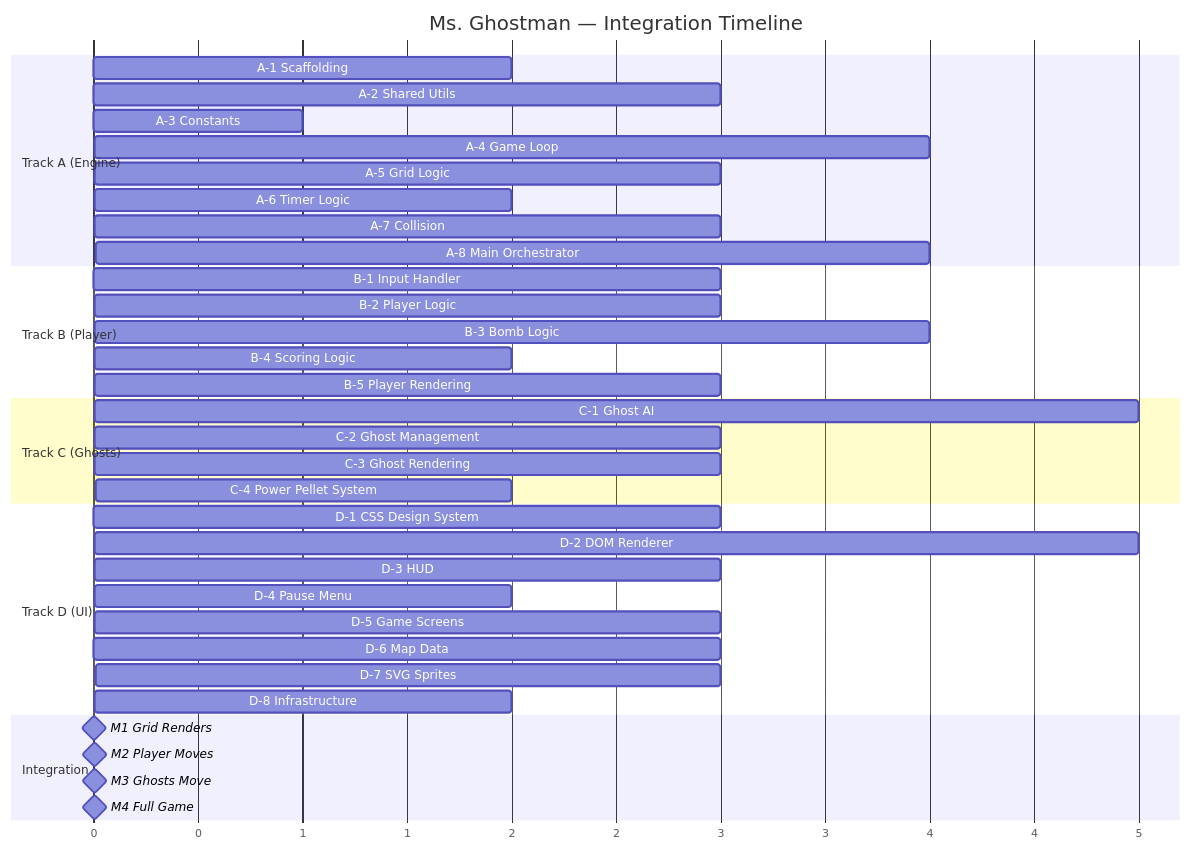
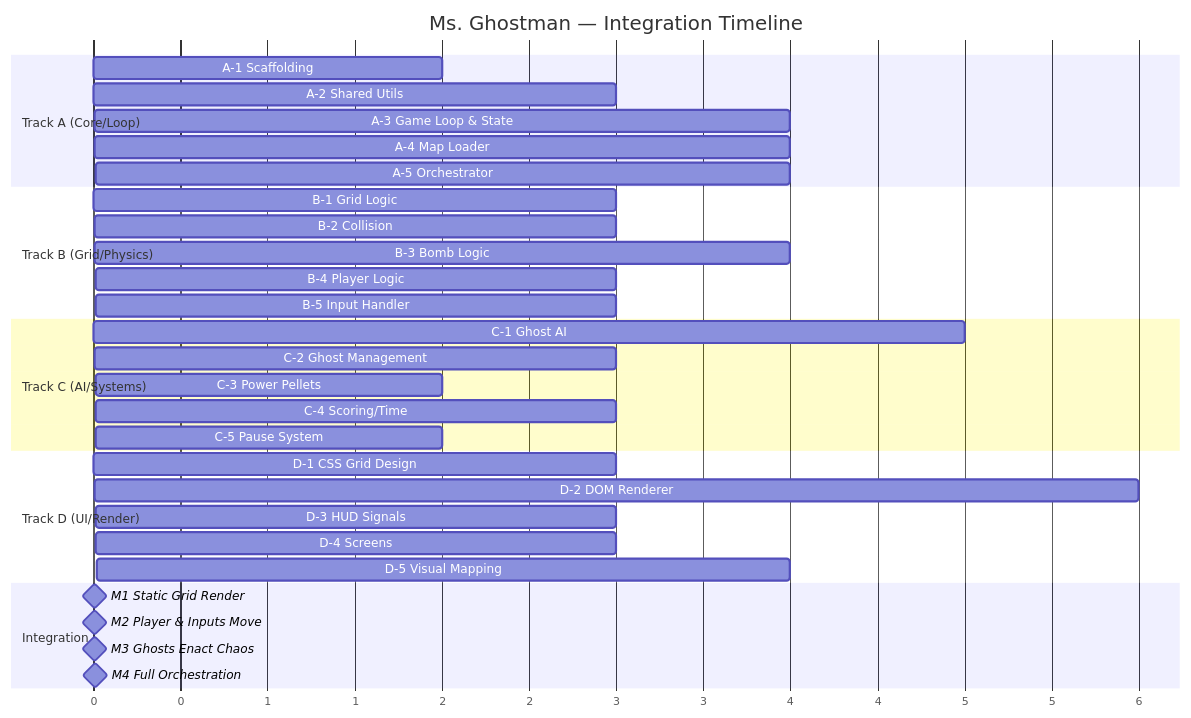
The second of 2 diagrams in docs/implementation-plan.md (ertval/make-your-game), drawn with Mermaid before and after one commit. The commit also changed other lines of this file and 1 other file, not shown here.

````diff
--- a/docs/implementation-plan.md
+++ b/docs/implementation-plan.md
@@ -768,45 +319,40 @@
 ```mermaid
 gantt
     title Ms. Ghostman — Integration Timeline
     dateFormat  X
     axisFormat %s
 
-    section Track A (Engine)
+    section Track A (Core/Loop)
     A-1 Scaffolding         :a1, 0, 2
     A-2 Shared Utils        :a2, 2, 3
-    A-3 Constants           :a3, 2, 1
-    A-4 Game Loop           :a4, 3, 4
-    A-5 Grid Logic          :a5, 3, 3
-    A-6 Timer Logic         :a6, 5, 2
-    A-7 Collision           :a7, 6, 3
-    A-8 Main Orchestrator   :a8, 9, 4
+    A-3 Game Loop & State   :a3, 5, 4
+    A-4 Map Loader          :a4, 9, 4
+    A-5 Orchestrator        :a5, 13, 4
 
-    section Track B (Player)
-    B-1 Input Handler       :b1, 2, 3
-    B-2 Player Logic        :b2, 3, 3
-    B-3 Bomb Logic          :b3, 3, 4
-    B-4 Scoring Logic       :b4, 5, 2
-    B-5 Player Rendering    :b5, 7, 3
+    section Track B (Grid/Physics)
+    B-1 Grid Logic          :b1, 2, 3
+    B-2 Collision           :b2, 5, 3
+    B-3 Bomb Logic          :b3, 8, 4
+    B-4 Player Logic        :b4, 12, 3
+    B-5 Input Handler       :b5, 15, 3
 
-    section Track C (Ghosts)
-    C-1 Ghost AI            :c1, 3, 5
-    C-2 Ghost Management    :c2, 5, 3
-    C-3 Ghost Rendering     :c3, 7, 3
-    C-4 Power Pellet System :c4, 8, 2
+    section Track C (AI/Systems)
+    C-1 Ghost AI            :c1, 2, 5
+    C-2 Ghost Management    :c2, 7, 3
+    C-3 Power Pellets       :c3, 10, 2
+    C-4 Scoring/Time        :c4, 12, 3
+    C-5 Pause System        :c5, 15, 2
 
-    section Track D (UI)
-    D-1 CSS Design System   :d1, 0, 3
-    D-2 DOM Renderer        :d2, 3, 5
-    D-3 HUD                 :d3, 5, 3
-    D-4 Pause Menu          :d4, 5, 2
-    D-5 Game Screens        :d5, 7, 3
-    D-6 Map Data            :d6, 2, 3
-    D-7 SVG Sprites         :d7, 8, 3
-    D-8 Infrastructure      :d8, 5, 2
+    section Track D (UI/Render)
+    D-1 CSS Grid Design     :d1, 2, 3
+    D-2 DOM Renderer        :d2, 5, 6
+    D-3 HUD Signals         :d3, 11, 3
+    D-4 Screens             :d4, 14, 3
+    D-5 Visual Mapping      :d5, 17, 4
 
     section Integration
-    M1 Grid Renders         :milestone, m1, 6, 0
-    M2 Player Moves         :milestone, m2, 8, 0
-    M3 Ghosts Move          :milestone, m3, 9, 0
-    M4 Full Game            :milestone, m4, 12, 0
+    M1 Static Grid Render   :milestone, m1, 10, 0
+    M2 Player & Inputs Move :milestone, m2, 13, 0
+    M3 Ghosts Enact Chaos   :milestone, m3, 15, 0
+    M4 Full Orchestration   :milestone, m4, 18, 0
 ```
````
